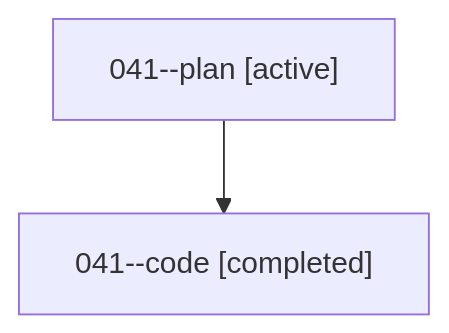
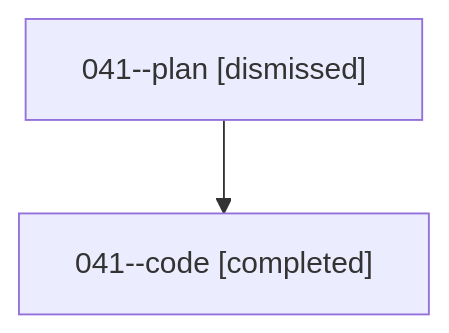
Before and after one commit to bobs-org/bob-cli--agents: the diagram in sessions/bbugyi200.athena.041.md, drawn with Mermaid. The commit also changed other lines of this file and 25 other files, not shown here.

````diff
--- a/sessions/bbugyi200.athena.041.md
+++ b/sessions/bbugyi200.athena.041.md
@@ -9,6 +9,6 @@
 ```mermaid
 flowchart TD
-  n0["041--plan [active]"]
+  n0["041--plan [dismissed]"]
   n1["041--code [completed]"]
   n0 --> n1
 ```
````
